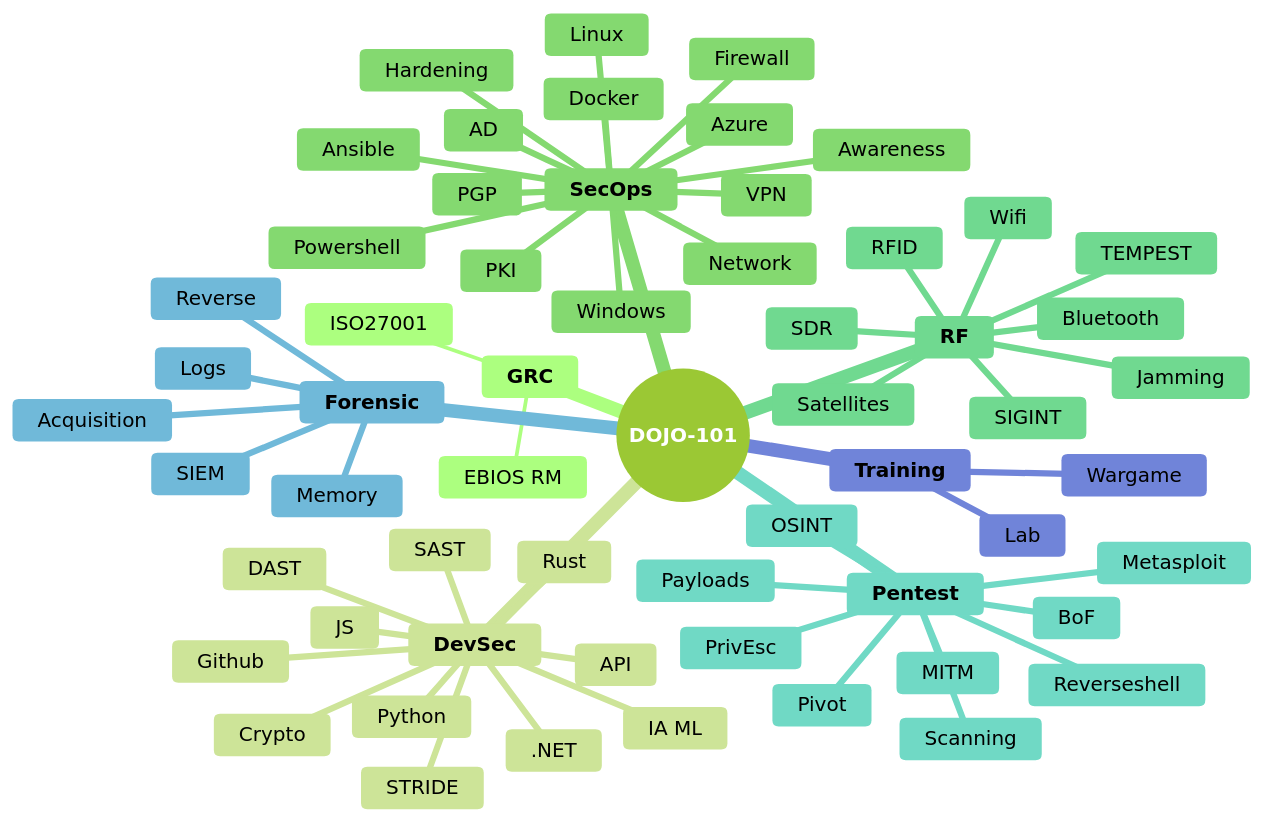
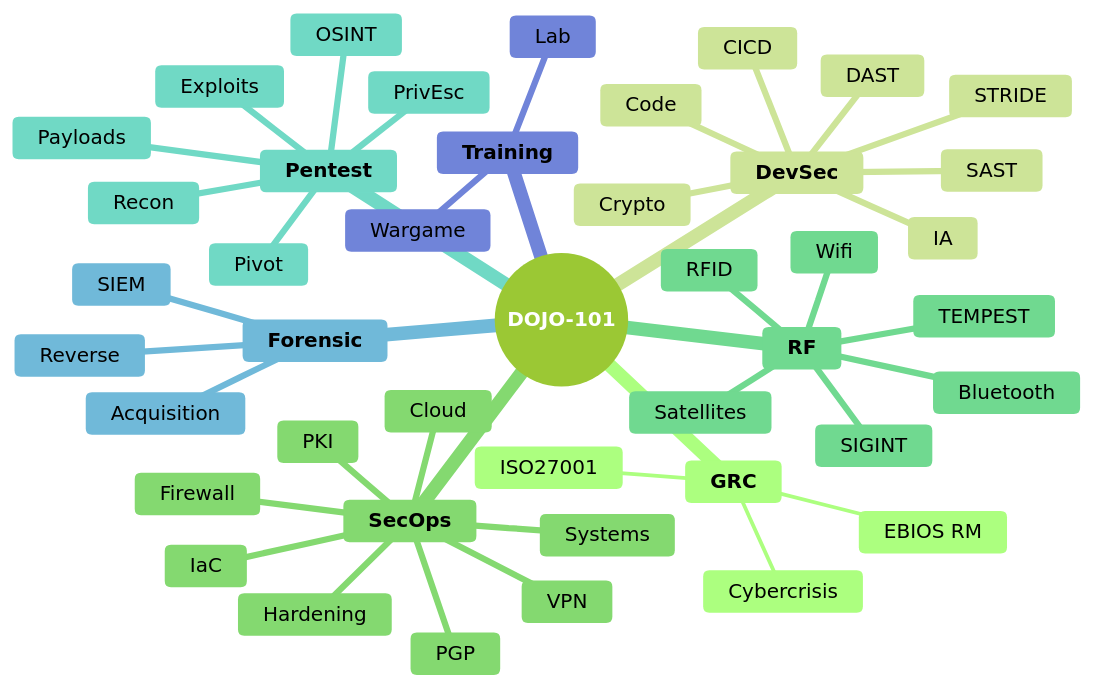
The diagram in README.md (Aif4thah/Dojo-101), drawn with Mermaid before and after one commit. The commit also changed 2 other files, not shown here.

Commit message:
SECOPS review 2

````diff
--- a/README.md
+++ b/README.md
@@ -26,71 +26,55 @@
 ```mermaid
 %%{ init: { "theme": "forest" } }%%
 mindmap
   root((**DOJO-101**))
 
       **GRC**
         ISO27001
         EBIOS RM
+        Cybercrisis
     
     **DevSec**
-        Crypto
-        Github
-        IA ML
         SAST
         DAST
         STRIDE
-        API
-        Python
-        .NET
-        JS
-        Rust
+        CICD
+        Code
+        Crypto
+        IA
 
     **SecOps**
-        Awareness
         Hardening
-        Windows
-        AD
-        Linux
-        Azure
-        Docker
-        Ansible
-        Powershell
+        Systems
+        IaC
+        Cloud
         Firewall
         VPN
         PKI
         PGP
-        Network
 
     **RF**
-        SDR
         TEMPEST
         SIGINT
         Wifi
         RFID
         Bluetooth
-        Jamming
         Satellites
 
     **Pentest**
         OSINT
-        Scanning
-        Metasploit
-        BoF
-        MITM
+        Recon
+        Exploits
         Payloads
-        Reverseshell
+        PrivEsc
         Pivot
-        PrivEsc
 
     **Forensic**
         Acquisition
-        Memory
         Reverse
-        Logs
         SIEM
 
     **Training**
         Lab
         Wargame
 
 ```
````
